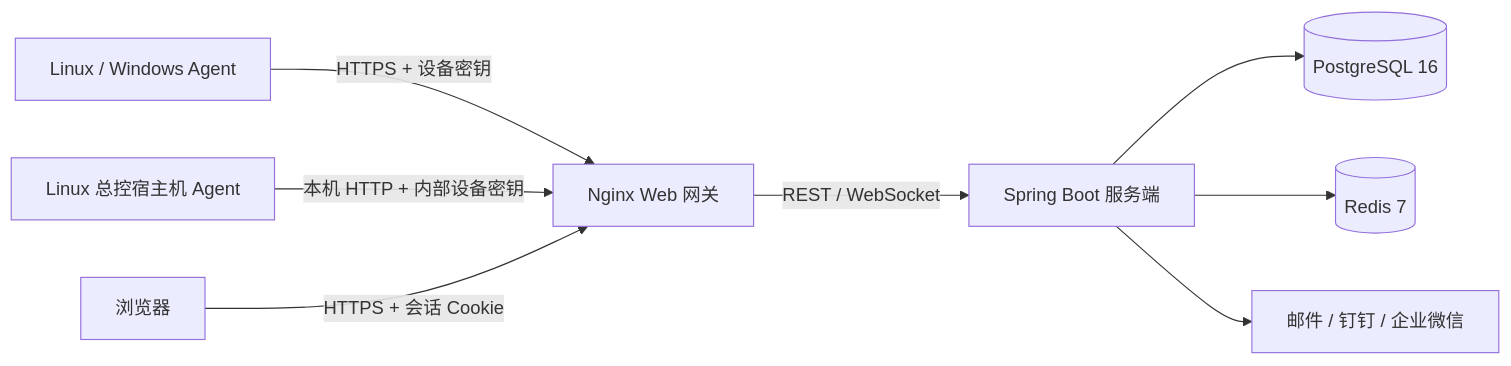
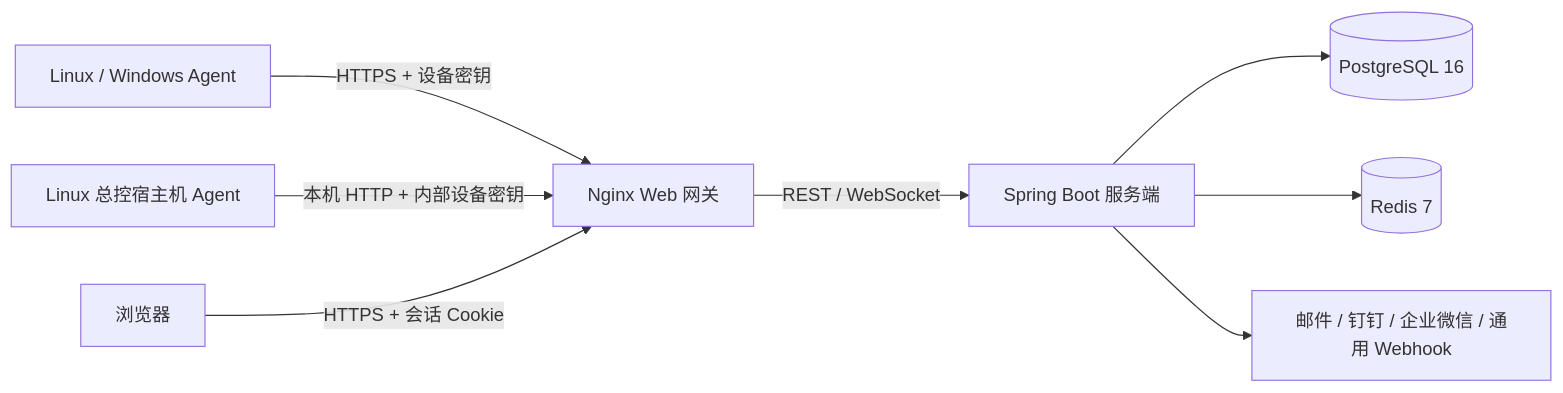
The diagram in docs/architecture.md (Pstarchen/monitor-for-server), drawn with Mermaid before and after one commit. The commit also changed other lines of this file and 23 other files, not shown here.

````diff
--- a/docs/architecture.md
+++ b/docs/architecture.md
@@ -7,10 +7,10 @@
 ```mermaid
 flowchart LR
     A[Linux / Windows Agent] -->|HTTPS + 设备密钥| N[Nginx Web 网关]
     H[Linux 总控宿主机 Agent] -->|本机 HTTP + 内部设备密钥| N
     U[浏览器] -->|HTTPS + 会话 Cookie| N
     N -->|REST / WebSocket| S[Spring Boot 服务端]
     S --> M[(PostgreSQL 16)]
     S --> R[(Redis 7)]
-    S --> C[邮件 / 钉钉 / 企业微信]
+    S --> C[邮件 / 钉钉 / 企业微信 / 通用 Webhook]
 ```
````
